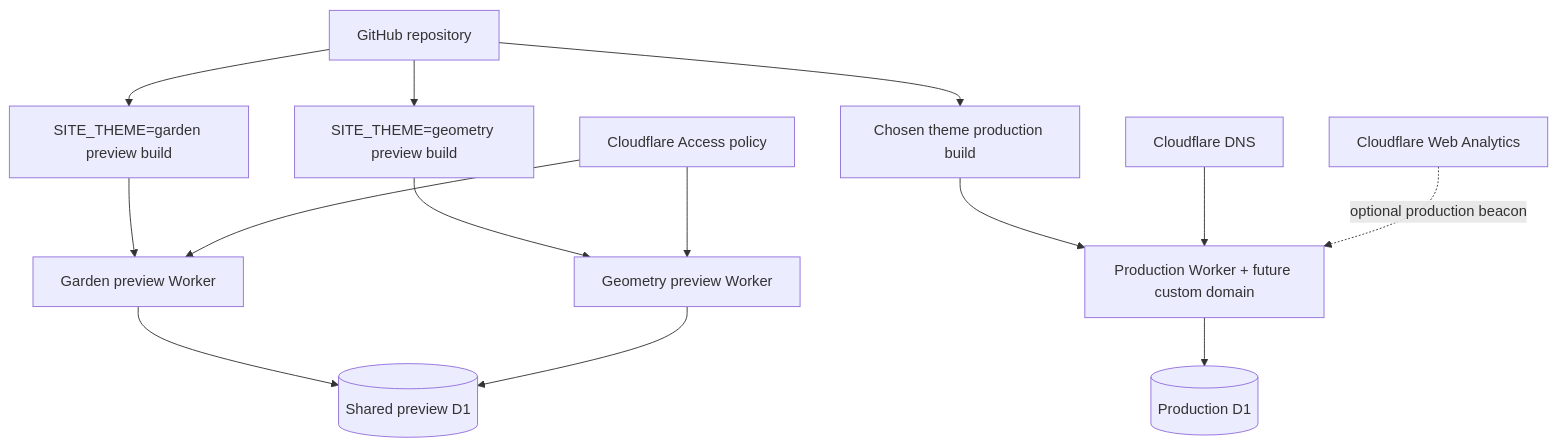
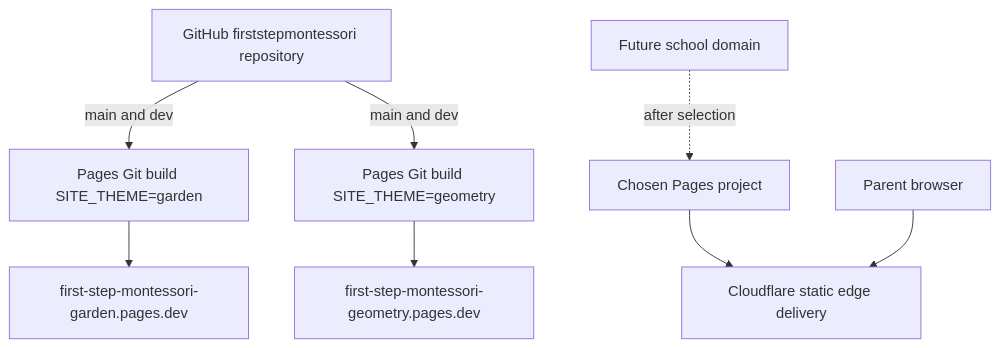
Before and after one commit to firststepmontessori/firststepmontessori: the diagram in docs/12-cloudflare-infrastructure.md, drawn with Mermaid. The commit also changed other lines of this file and 32 other files, not shown here.

Commit message:
docs(phase-4): document and validate static Pages architecture

````diff
--- a/docs/12-cloudflare-infrastructure.md
+++ b/docs/12-cloudflare-infrastructure.md
@@ -10,16 +10,11 @@
 ```mermaid
 flowchart TB
-    Repo[GitHub repository] --> BuildG[SITE_THEME=garden preview build]
-    Repo --> BuildJ[SITE_THEME=geometry preview build]
-    BuildG --> WG[Garden preview Worker]
-    BuildJ --> WJ[Geometry preview Worker]
-    WG --> PreviewDB[(Shared preview D1)]
-    WJ --> PreviewDB
-    Access[Cloudflare Access policy] --> WG
-    Access --> WJ
-    Repo --> BuildP[Chosen theme production build]
-    BuildP --> WP[Production Worker + future custom domain]
-    WP --> ProdDB[(Production D1)]
-    DNS[Cloudflare DNS] --> WP
-    Analytics[Cloudflare Web Analytics] -. optional production beacon .-> WP
+    Repo[GitHub firststepmontessori repository]
+    Repo -->|main and dev| GardenBuild[Pages Git build SITE_THEME=garden]
+    Repo -->|main and dev| GeometryBuild[Pages Git build SITE_THEME=geometry]
+    GardenBuild --> Garden[first-step-montessori-garden.pages.dev]
+    GeometryBuild --> Geometry[first-step-montessori-geometry.pages.dev]
+    Domain[Future school domain] -. after selection .-> Chosen[Chosen Pages project]
+    Chosen --> Edge[Cloudflare static edge delivery]
+    Browser[Parent browser] --> Edge
 ```
````
